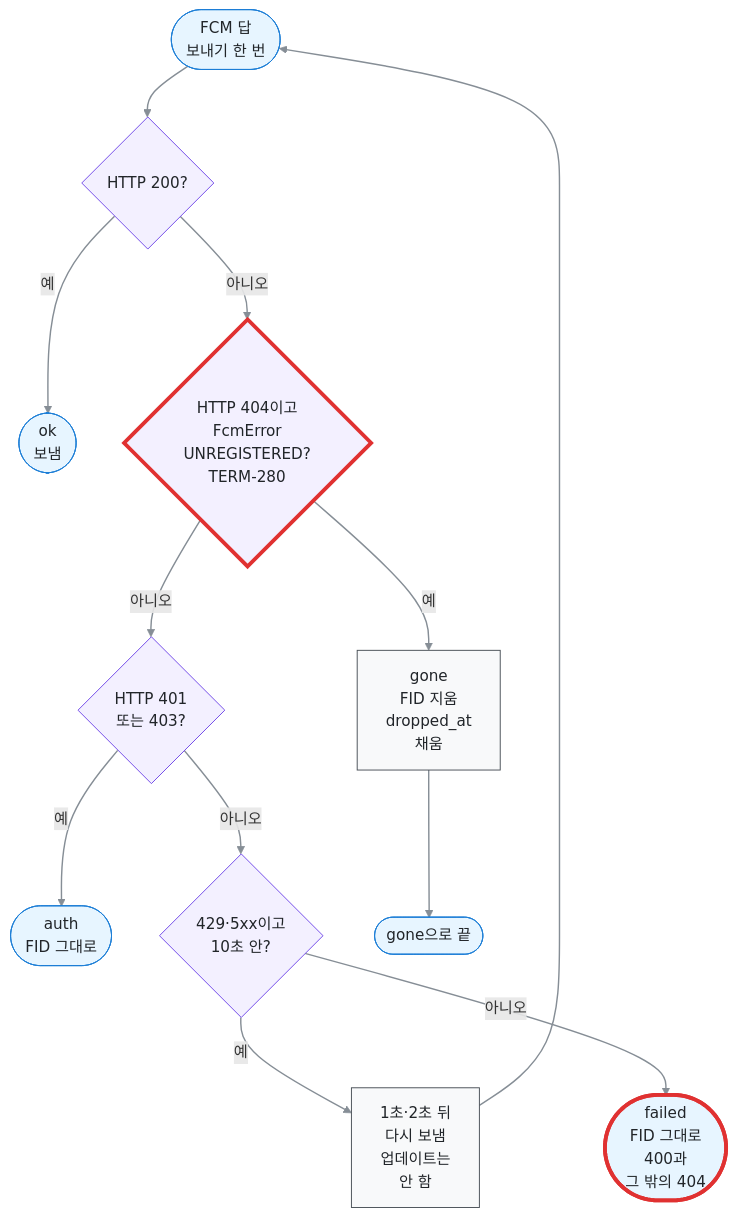
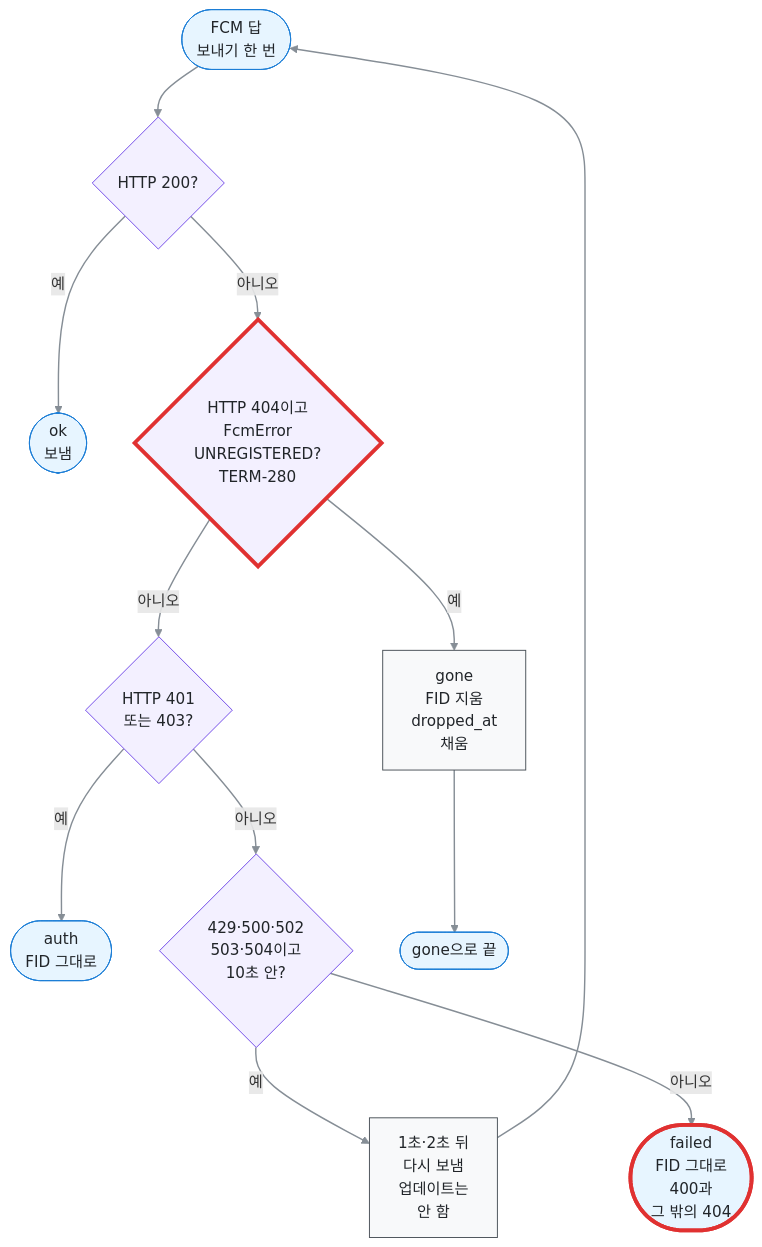
One commit to kodonghui/marong2 changed the diagram in docs/01-domain/fcm-unregistered.md. Above: the diagram before and after it, drawn with Mermaid. The commit also changed other lines of this file and 5 other files, not shown here.

````diff
--- a/docs/01-domain/fcm-unregistered.md
+++ b/docs/01-domain/fcm-unregistered.md
@@ -76,36 +76,36 @@
 ```mermaid
 flowchart TD
   A(["FCM 답<br/>보내기 한 번"])
   B{"HTTP 200?"}
   OK(["ok<br/>보냄"])
   C{"HTTP 404이고<br/>FcmError<br/>UNREGISTERED?<br/>TERM-280"}
   G["gone<br/>FID 지움<br/>dropped_at<br/>채움"]
   D{"HTTP 401<br/>또는 403?"}
   AU(["auth<br/>FID 그대로"])
-  E{"429·5xx이고<br/>10초 안?"}
+  E{"429·500·502<br/>503·504이고<br/>10초 안?"}
   R["1초·2초 뒤<br/>다시 보냄<br/>업데이트는<br/>안 함"]
   F(["failed<br/>FID 그대로<br/>400과<br/>그 밖의 404"])
   GE(["gone으로 끝"])
   A e1@--> B
   B e2@-->|"예"| OK
   B e3@-->|"아니오"| C
   C e4@-->|"예"| G
   G e5@--> GE
   C e6@-->|"아니오"| D
   D e7@-->|"예"| AU
   D e8@-->|"아니오"| E
   E e9@-->|"예"| R
   R e10@--> A
   E e11@-->|"아니오"| F
   %% legend: below
   classDef term fill:#e7f5ff,stroke:#1c7ed6,color:#212529
   classDef proc fill:#f8f9fa,stroke:#495057,color:#212529
   classDef decide fill:#f3f0ff,stroke:#7048e8,color:#212529
   classDef key stroke:#e03131,stroke-width:4px
   classDef pass stroke:#868e96,stroke-width:1.5px
   class A,OK,AU,F,GE term
   class G,R proc
   class B,C,D,E decide
   class C,F key
   class e1,e2,e3,e4,e5,e6,e7,e8,e9,e10,e11 pass
 ```
````
